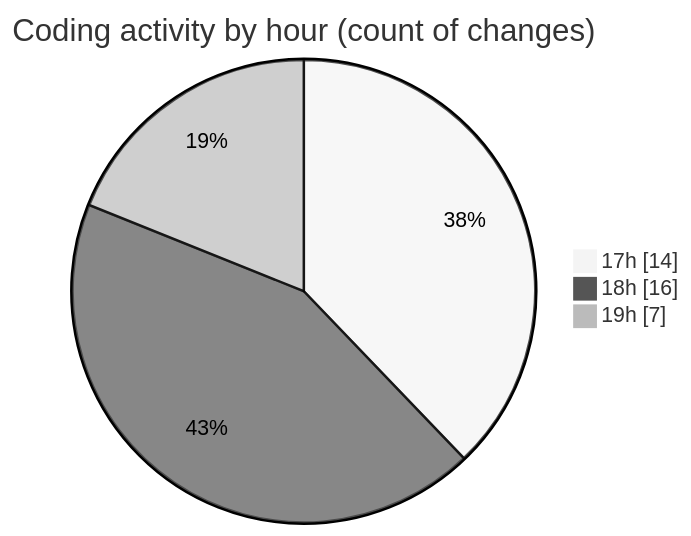
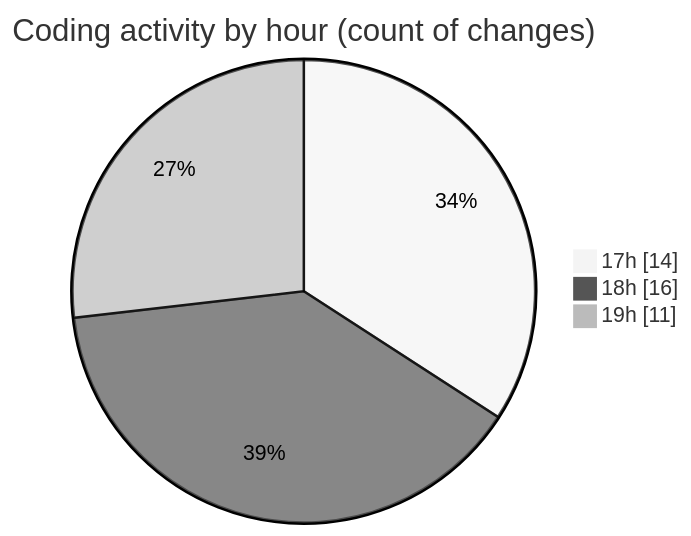
One commit to charlie-sans/code-tracking changed the second of 2 diagrams in 2025-05-01/jmasm/README.md. Above: the diagram before and after it, drawn with Mermaid (neutral theme). The commit also changed other lines of this file and 1 other file, not shown here.

````diff
--- a/2025-05-01/jmasm/README.md
+++ b/2025-05-01/jmasm/README.md
@@ -39,7 +39,7 @@
 ```mermaid
 pie showData
 title Coding activity by hour (count of changes)
 "17h" : 14
 "18h" : 16
-"19h" : 7
+"19h" : 11
 ```
````
